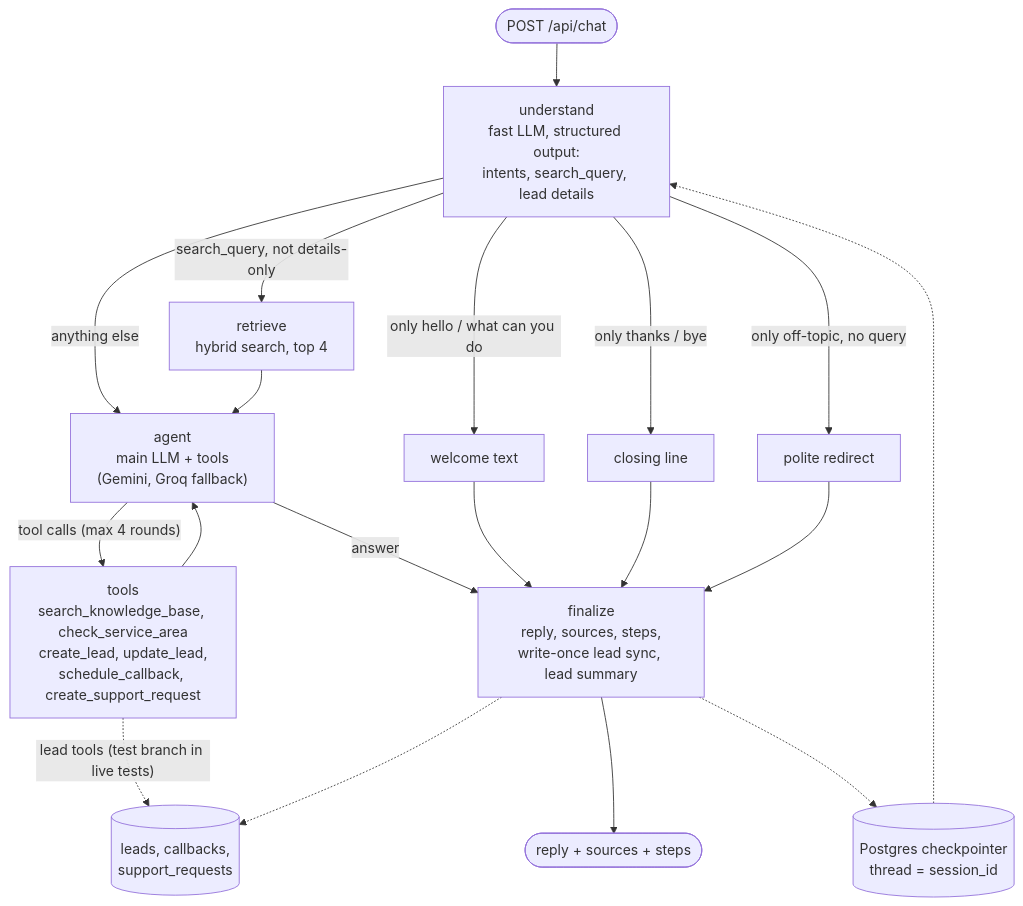
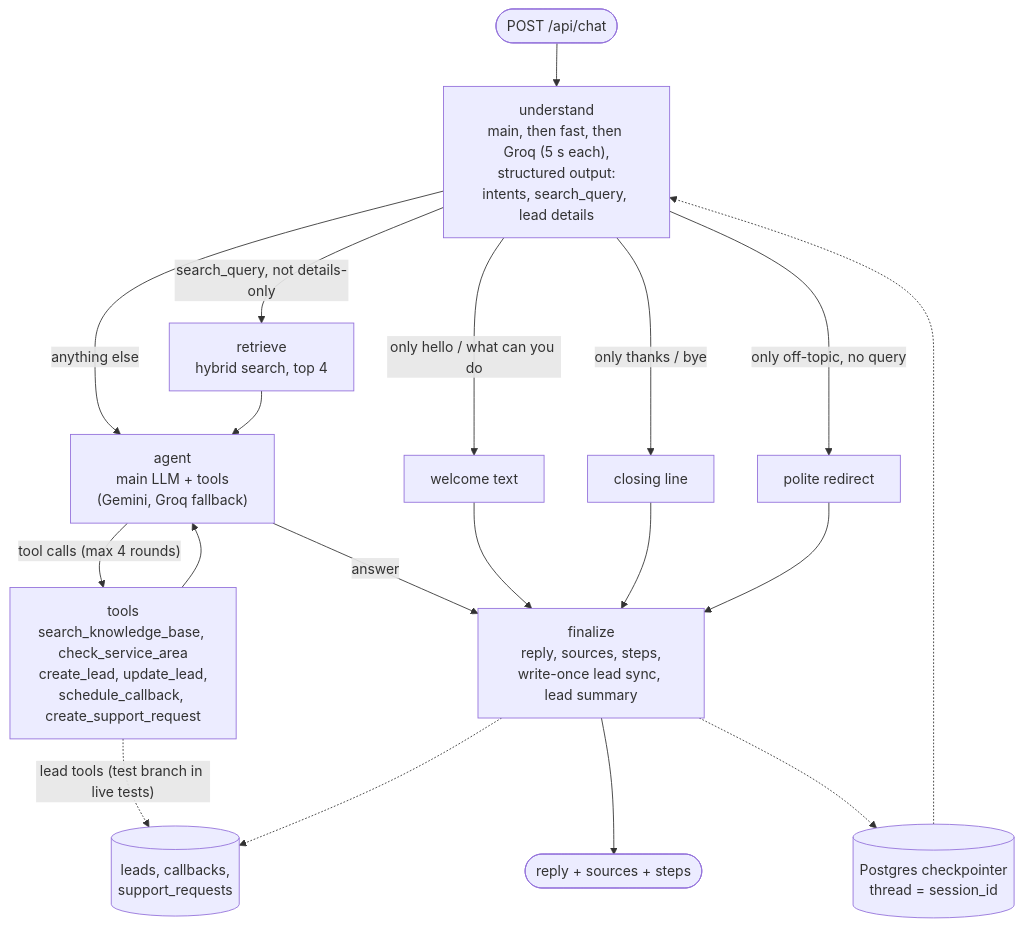
The eighth of 9 diagrams in docs/ARCHITECTURE.md (AdithyaChauhan/vantis-sales-agent), drawn with Mermaid before and after one commit. The commit also changed other lines of this file and 21 other files, not shown here.

First line of the commit message:
feat(agent): T10b fast understand with 5 s deadlines and a natural voice

````diff
--- a/docs/ARCHITECTURE.md
+++ b/docs/ARCHITECTURE.md
@@ -151,21 +151,21 @@
 ```mermaid
 flowchart TD
-  msg(["POST /api/chat"]) --> understand["understand<br/>fast LLM, structured output:<br/>intents, search_query, lead details"]
+  msg(["POST /api/chat"]) --> understand["understand<br/>main, then fast, then Groq (5 s each),<br/>structured output:<br/>intents, search_query, lead details"]
   understand -->|"only hello / what can you do"| welcome["welcome text"]
   understand -->|"only thanks / bye"| closing["closing line"]
   understand -->|"only off-topic, no query"| redirect["polite redirect"]
   understand -->|"search_query, not details-only"| retrieve["retrieve<br/>hybrid search, top 4"]
   understand -->|"anything else"| agent
   retrieve --> agent["agent<br/>main LLM + tools<br/>(Gemini, Groq fallback)"]
   agent -->|"tool calls (max 4 rounds)"| tools["tools<br/>search_knowledge_base, check_service_area<br/>create_lead, update_lead,<br/>schedule_callback, create_support_request"]
   tools -.->|"lead tools (test branch in live tests)"| leadsdb[("leads, callbacks,<br/>support_requests")]
   tools --> agent
   agent -->|"answer"| finalize["finalize<br/>reply, sources, steps,<br/>write-once lead sync, lead summary"]
   finalize -.-> leadsdb
   welcome --> finalize
   closing --> finalize
   redirect --> finalize
   finalize --> reply(["reply + sources + steps"])
   memory[("Postgres checkpointer<br/>thread = session_id")] -.-> understand
   finalize -.-> memory
 ```
````
